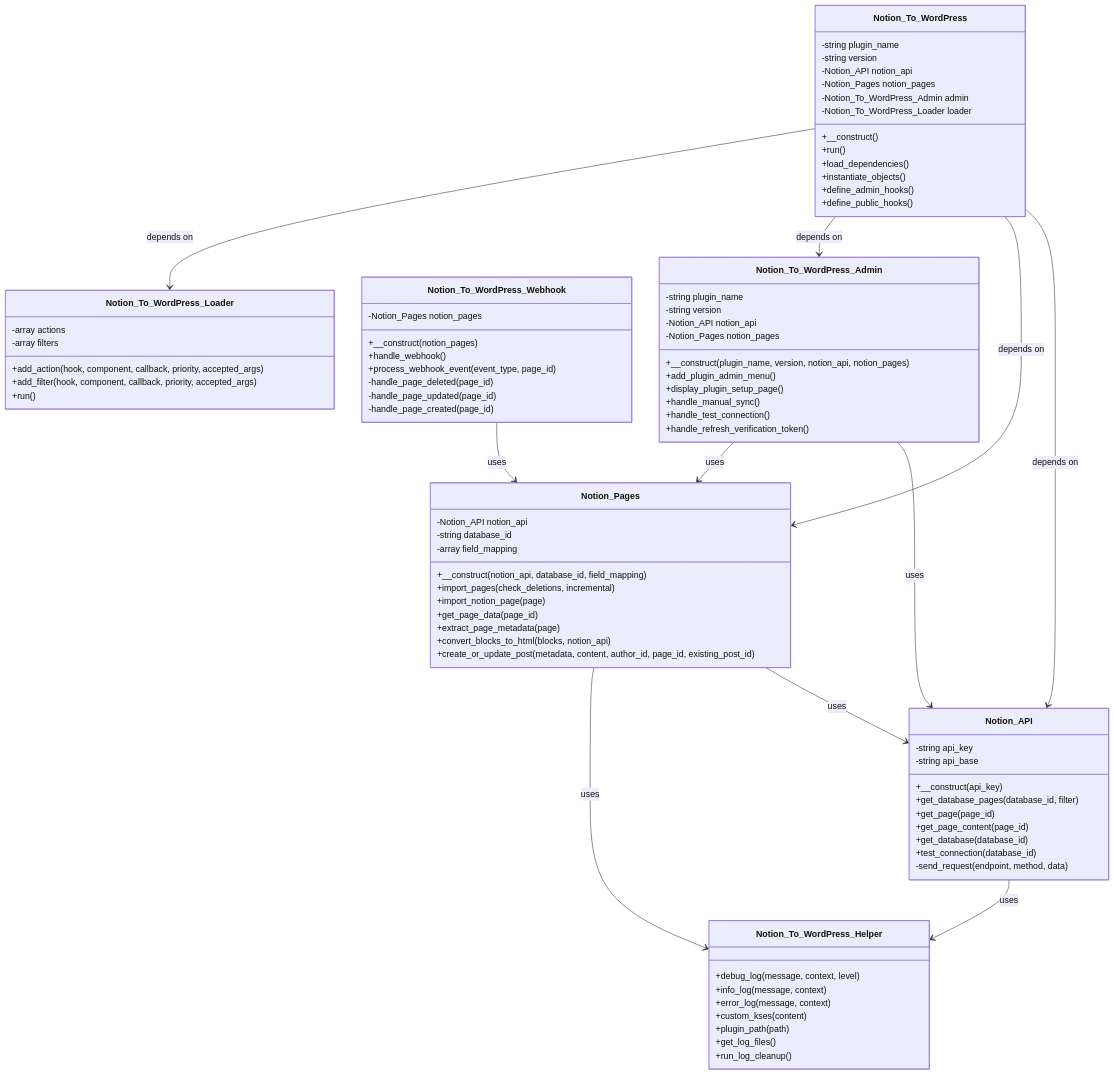
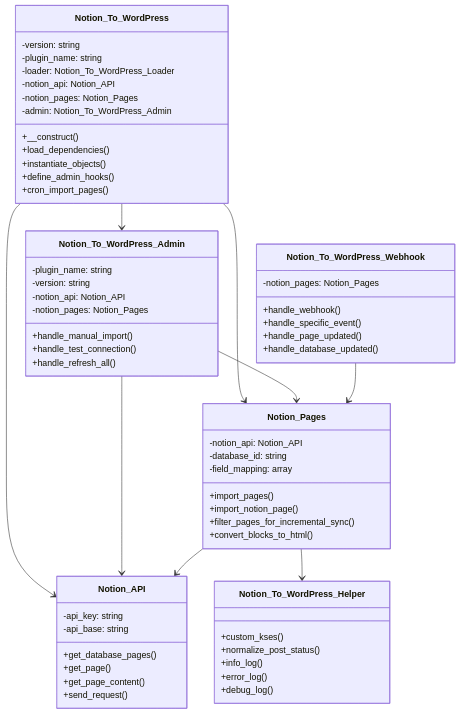
The first of 4 diagrams in docs/DEVELOPER_GUIDE.md (Frank-Loong/Notion-to-WordPress), drawn with Mermaid before and after one commit. The commit also changed other lines of this file and 13 other files, not shown here.

````diff
--- a/docs/DEVELOPER_GUIDE.md
+++ b/docs/DEVELOPER_GUIDE.md
@@ -243,94 +117,70 @@
 ```mermaid
 classDiagram
     class Notion_To_WordPress {
-        -string plugin_name
-        -string version
-        -Notion_API notion_api
-        -Notion_Pages notion_pages
-        -Notion_To_WordPress_Admin admin
-        -Notion_To_WordPress_Loader loader
+        -version: string
+        -plugin_name: string
+        -loader: Notion_To_WordPress_Loader
+        -notion_api: Notion_API
+        -notion_pages: Notion_Pages
+        -admin: Notion_To_WordPress_Admin
         +__construct()
-        +run()
         +load_dependencies()
         +instantiate_objects()
         +define_admin_hooks()
-        +define_public_hooks()
+        +cron_import_pages()
     }
 
     class Notion_API {
-        -string api_key
-        -string api_base
-        +__construct(api_key)
-        +get_database_pages(database_id, filter)
-        +get_page(page_id)
-        +get_page_content(page_id)
-        +get_database(database_id)
-        +test_connection(database_id)
-        -send_request(endpoint, method, data)
+        -api_key: string
+        -api_base: string
+        +get_database_pages()
+        +get_page()
+        +get_page_content()
+        +send_request()
     }
 
     class Notion_Pages {
-        -Notion_API notion_api
-        -string database_id
-        -array field_mapping
-        +__construct(notion_api, database_id, field_mapping)
-        +import_pages(check_deletions, incremental)
-        +import_notion_page(page)
-        +get_page_data(page_id)
-        +extract_page_metadata(page)
-        +convert_blocks_to_html(blocks, notion_api)
-        +create_or_update_post(metadata, content, author_id, page_id, existing_post_id)
+        -notion_api: Notion_API
+        -database_id: string
+        -field_mapping: array
+        +import_pages()
+        +import_notion_page()
+        +filter_pages_for_incremental_sync()
+        +convert_blocks_to_html()
     }
 
     class Notion_To_WordPress_Admin {
-        -string plugin_name
-        -string version
-        -Notion_API notion_api
-        -Notion_Pages notion_pages
-        +__construct(plugin_name, version, notion_api, notion_pages)
-        +add_plugin_admin_menu()
-        +display_plugin_setup_page()
-        +handle_manual_sync()
+        -plugin_name: string
+        -version: string
+        -notion_api: Notion_API
+        -notion_pages: Notion_Pages
+        +handle_manual_import()
         +handle_test_connection()
-        +handle_refresh_verification_token()
+        +handle_refresh_all()
     }
 
     class Notion_To_WordPress_Webhook {
-        -Notion_Pages notion_pages
-        +__construct(notion_pages)
+        -notion_pages: Notion_Pages
         +handle_webhook()
-        +process_webhook_event(event_type, page_id)
-        -handle_page_deleted(page_id)
-        -handle_page_updated(page_id)
-        -handle_page_created(page_id)
+        +handle_specific_event()
+        +handle_page_updated()
+        +handle_database_updated()
     }
 
     class Notion_To_WordPress_Helper {
-        +debug_log(message, context, level)
-        +info_log(message, context)
-        +error_log(message, context)
-        +custom_kses(content)
-        +plugin_path(path)
-        +get_log_files()
-        +run_log_cleanup()
+        +custom_kses()
+        +normalize_post_status()
+        +info_log()
+        +error_log()
+        +debug_log()
     }
 
-    class Notion_To_WordPress_Loader {
-        -array actions
-        -array filters
-        +add_action(hook, component, callback, priority, accepted_args)
-        +add_filter(hook, component, callback, priority, accepted_args)
-        +run()
-    }
-
-    Notion_To_WordPress --> Notion_API : depends on
-    Notion_To_WordPress --> Notion_Pages : depends on
-    Notion_To_WordPress --> Notion_To_WordPress_Admin : depends on
-    Notion_To_WordPress --> Notion_To_WordPress_Loader : depends on
-    Notion_Pages --> Notion_API : uses
-    Notion_To_WordPress_Admin --> Notion_API : uses
-    Notion_To_WordPress_Admin --> Notion_Pages : uses
-    Notion_To_WordPress_Webhook --> Notion_Pages : uses
-    Notion_Pages --> Notion_To_WordPress_Helper : uses
-    Notion_API --> Notion_To_WordPress_Helper : uses
+    Notion_To_WordPress --> Notion_API
+    Notion_To_WordPress --> Notion_Pages
+    Notion_To_WordPress --> Notion_To_WordPress_Admin
+    Notion_To_WordPress_Admin --> Notion_API
+    Notion_To_WordPress_Admin --> Notion_Pages
+    Notion_Pages --> Notion_API
+    Notion_To_WordPress_Webhook --> Notion_Pages
+    Notion_Pages --> Notion_To_WordPress_Helper
 ```
````
